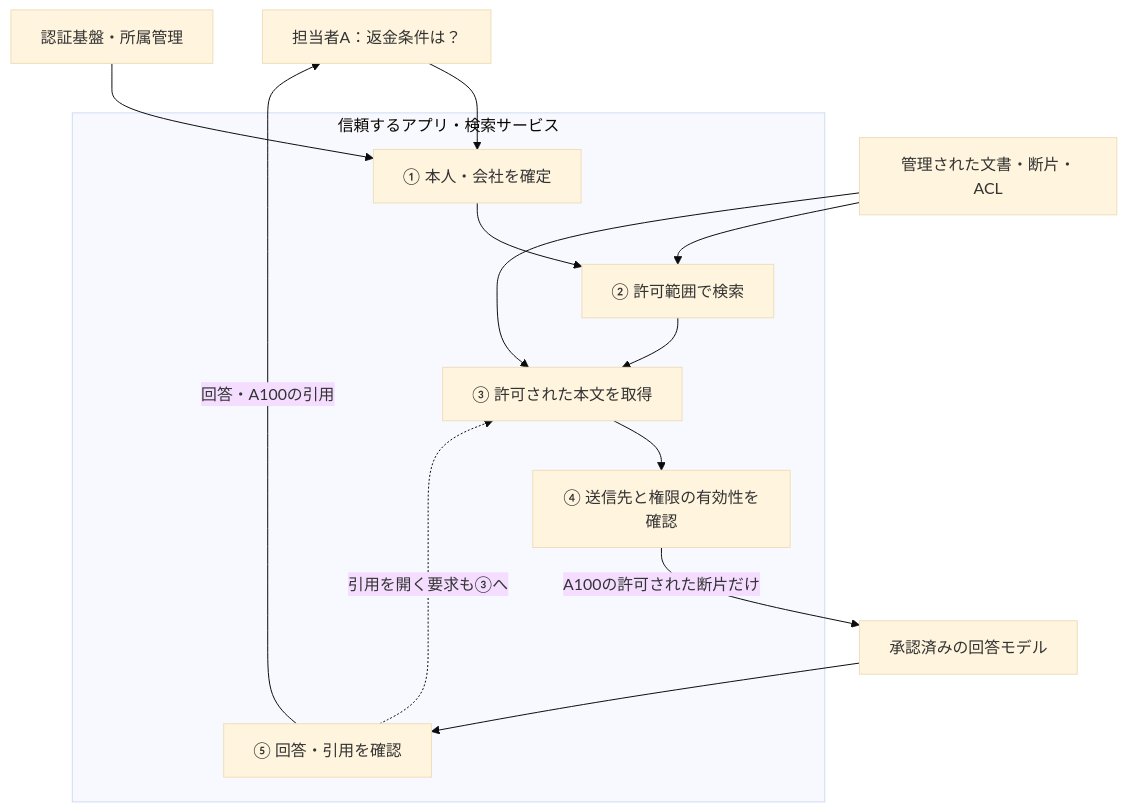
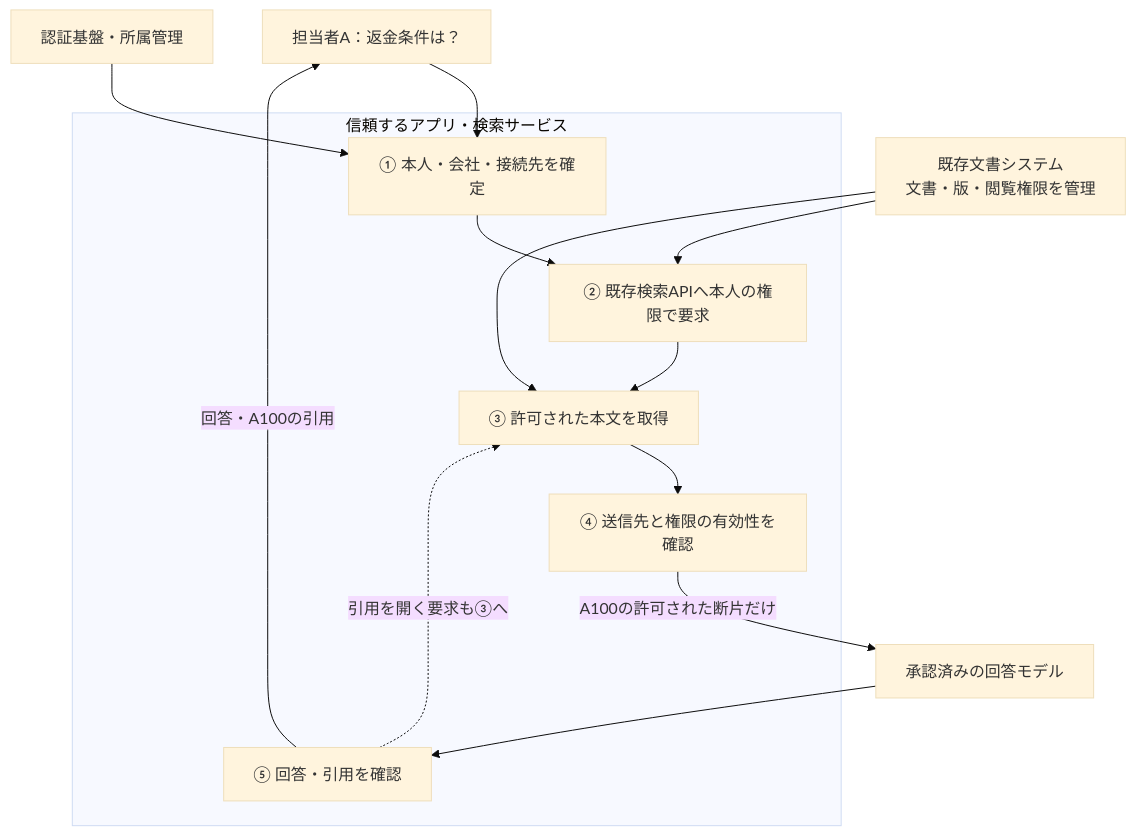
Before and after one commit to DharmaDoll/ai-security-foundry: the diagram in engineering/domains/rag/secure-multi-tenant-retrieval/README.md, drawn with Mermaid (base theme). The commit also changed other lines of this file and 10 other files, not shown here.

Commit message:
docs: lead agent and RAG patterns with architecture choices

````diff
--- a/engineering/domains/rag/secure-multi-tenant-retrieval/README.md
+++ b/engineering/domains/rag/secure-multi-tenant-retrieval/README.md
@@ -65,17 +86,17 @@
 ```mermaid
 flowchart TD
     user["担当者A：返金条件は？"] --> identity
     subgraph service["信頼するアプリ・検索サービス"]
-        identity["① 本人・会社を確定"] --> search["② 許可範囲で検索"]
+        identity["① 本人・会社・接続先を確定"] --> search["② 既存検索APIへ本人の権限で要求"]
         search --> read["③ 許可された本文を取得"]
         read --> send["④ 送信先と権限の有効性を確認"]
         answer["⑤ 回答・引用を確認"]
     end
     auth["認証基盤・所属管理"] --> identity
-    store["管理された文書・断片・ACL"] --> search
+    store["既存文書システム<br/>文書・版・閲覧権限を管理"] --> search
     store --> read
     send -->|"A100の許可された断片だけ"| model["承認済みの回答モデル"]
     model --> answer
     answer -->|"回答・A100の引用"| user
     answer -. "引用を開く要求も③へ" .-> read
 ```
````
